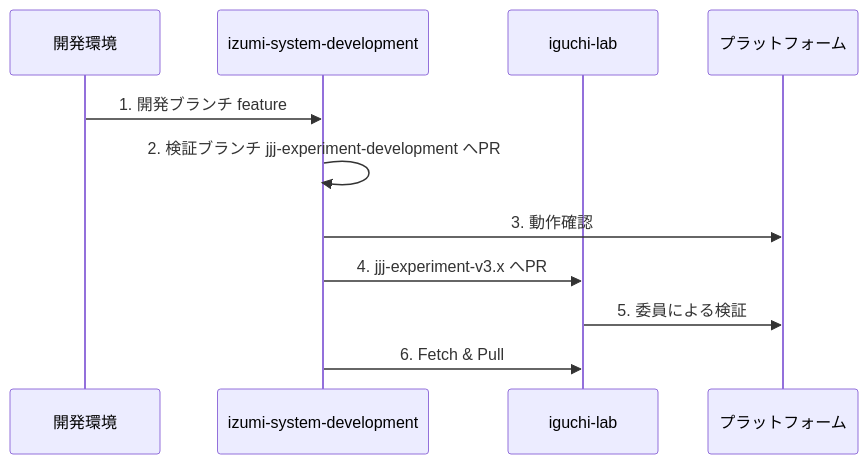
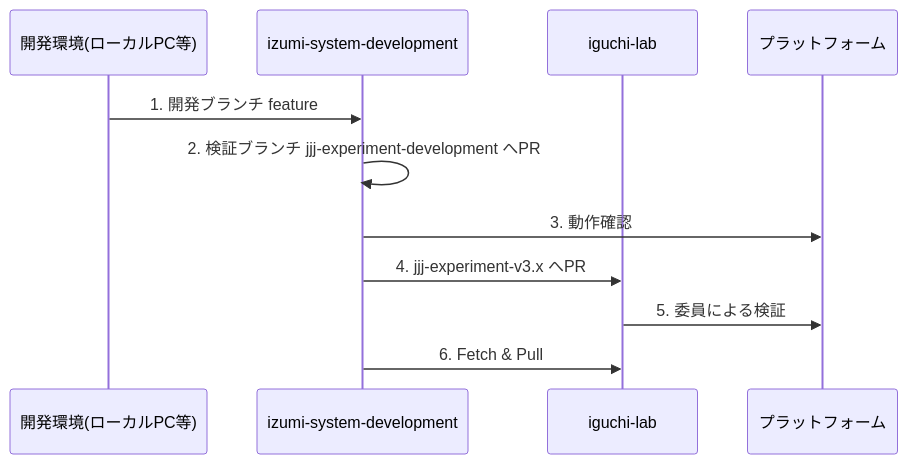
Before and after one commit to iguchi-lab/Verification-Platform-Next: the first of 4 diagrams in src/docs/ブランチ戦略_カスタム機能追加フロー.md, drawn with Mermaid. The commit also changed other lines of this file, not shown here.

````diff
--- a/src/docs/ブランチ戦略_カスタム機能追加フロー.md
+++ b/src/docs/ブランチ戦略_カスタム機能追加フロー.md
@@ -21,14 +21,14 @@
 ```mermaid
 sequenceDiagram
-    participant Dev as 開発環境
+    participant Dev as 開発環境(ローカルPC等)
     participant Izumi as izumi-system-development
     participant Iguchi as iguchi-lab
     participant Platform as プラットフォーム
 
     Dev->>Izumi: 1. 開発ブランチ feature
     Izumi->>Izumi: 2. 検証ブランチ jjj-experiment-development へPR
     Izumi->>Platform: 3. 動作確認
     Izumi->>Iguchi: 4. jjj-experiment-v3.x へPR
     Iguchi->>Platform: 5. 委員による検証
     Izumi->>Iguchi: 6. Fetch & Pull
 ```
````
